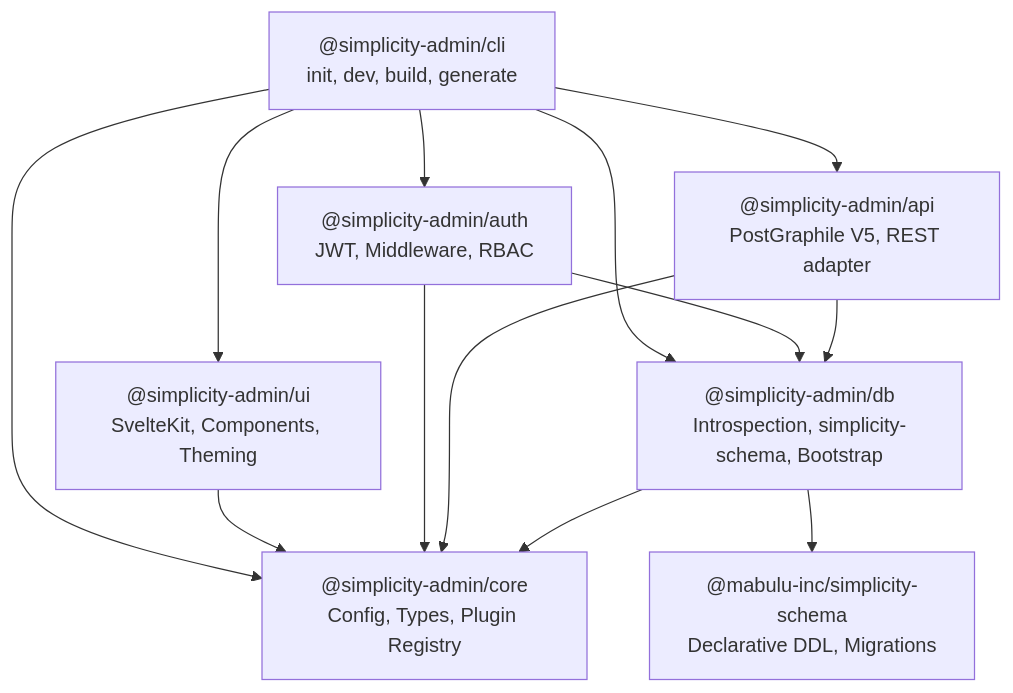
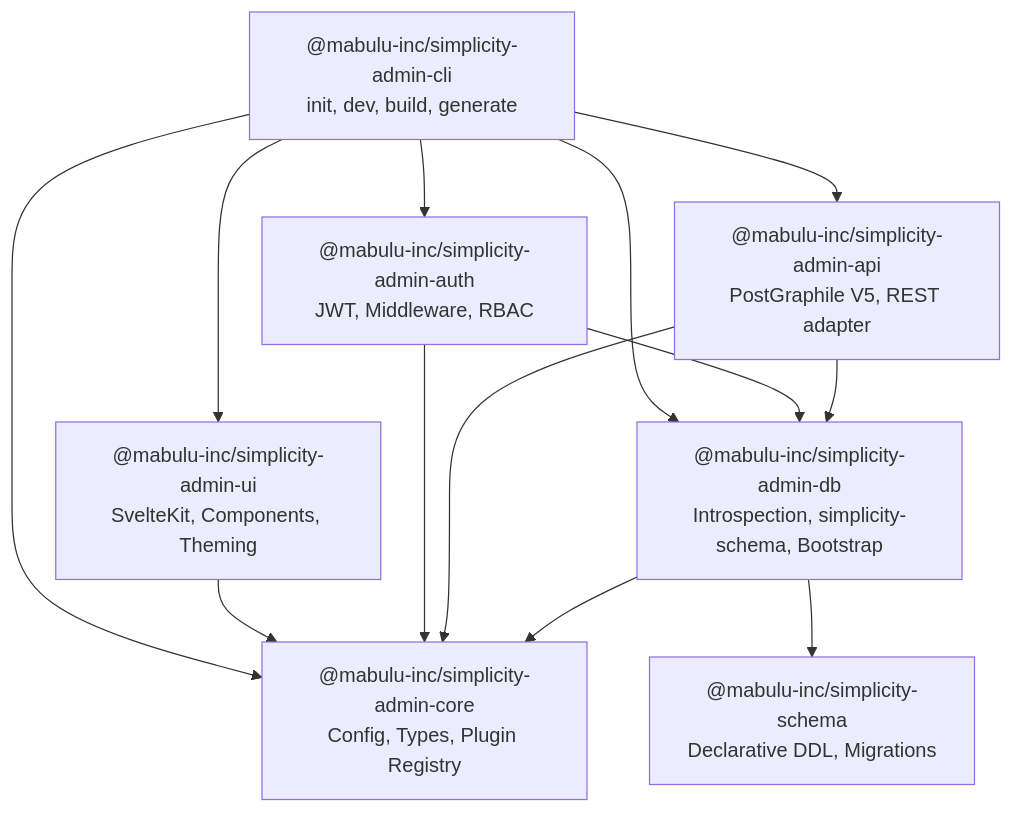
One commit to mabulu-inc/simplicity-admin changed the diagram in docs/ARCHITECTURE.md. Above: the diagram before and after it, drawn with Mermaid. The commit also changed other lines of this file and 180 other files, not shown here.

First line of the commit message:
Rename packages from @simplicity-admin/* to @mabulu-inc/simplicity-admin-*

````diff
--- a/docs/ARCHITECTURE.md
+++ b/docs/ARCHITECTURE.md
@@ -46,23 +46,23 @@
 ```mermaid
 graph TD
-    CORE["@simplicity-admin/core<br/>Config, Types, Plugin Registry"]
-    DB["@simplicity-admin/db<br/>Introspection, simplicity-schema, Bootstrap"]
-    API["@simplicity-admin/api<br/>PostGraphile V5, REST adapter"]
-    AUTH["@simplicity-admin/auth<br/>JWT, Middleware, RBAC"]
-    UI["@simplicity-admin/ui<br/>SvelteKit, Components, Theming"]
-    CLI["@simplicity-admin/cli<br/>init, dev, build, generate"]
+    CORE["@mabulu-inc/simplicity-admin-core<br/>Config, Types, Plugin Registry"]
+    DB["@mabulu-inc/simplicity-admin-db<br/>Introspection, simplicity-schema, Bootstrap"]
+    API["@mabulu-inc/simplicity-admin-api<br/>PostGraphile V5, REST adapter"]
+    AUTH["@mabulu-inc/simplicity-admin-auth<br/>JWT, Middleware, RBAC"]
+    UI["@mabulu-inc/simplicity-admin-ui<br/>SvelteKit, Components, Theming"]
+    CLI["@mabulu-inc/simplicity-admin-cli<br/>init, dev, build, generate"]
     SF["@mabulu-inc/simplicity-schema<br/>Declarative DDL, Migrations"]
 
     DB --> CORE
     DB --> SF
     API --> CORE
     API --> DB
     AUTH --> CORE
     AUTH --> DB
     UI --> CORE
     CLI --> CORE
     CLI --> DB
     CLI --> API
     CLI --> AUTH
     CLI --> UI
 ```
````
